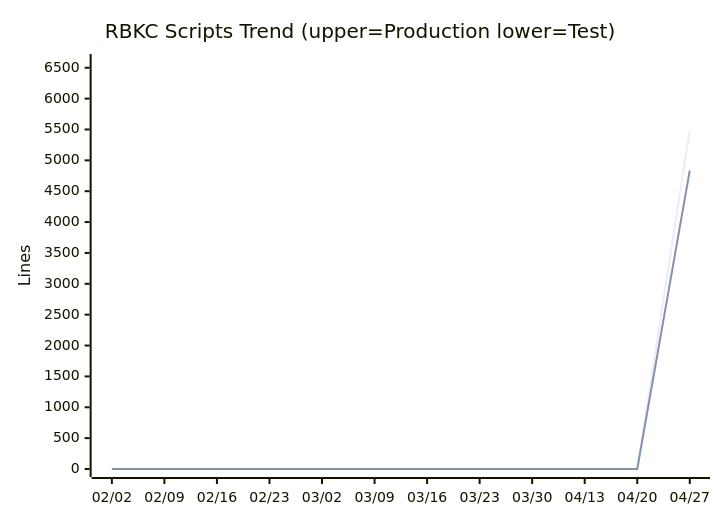
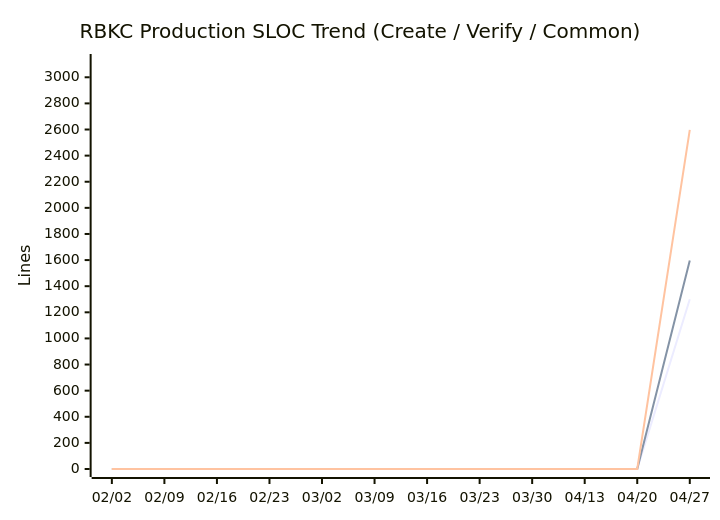
One commit to nablarch/nabledge-dev changed diagram 11 of 14 in docs/metrics.md. Above: the diagram before and after it, drawn with Mermaid. The commit also changed other lines of this file and 1 other file, not shown here.

Commit message:
feat: break down RBKC SLOC by Create/Verify/Common
Remove Test and Docs slices; production-only breakdown shows the
structural split between the three subsystems.

````diff
--- a/docs/metrics.md
+++ b/docs/metrics.md
@@ -144,8 +143,9 @@
 ```mermaid
 xychart-beta
-  title "RBKC Scripts Trend (upper=Production  lower=Test)"
+  title "RBKC Production SLOC Trend (Create / Verify / Common)"
   x-axis ["02/02", "02/09", "02/16", "02/23", "03/02", "03/09", "03/16", "03/23", "03/30", "04/13", "04/20", "04/27"]
-  y-axis "Lines" 0 --> 6593
-  line [0, 0, 0, 0, 0, 0, 0, 0, 0, 0, 0, 5494]
-  line [0, 0, 0, 0, 0, 0, 0, 0, 0, 0, 0, 4837]
+  y-axis "Lines" 0 --> 3117
+  line [0, 0, 0, 0, 0, 0, 0, 0, 0, 0, 0, 1300]
+  line [0, 0, 0, 0, 0, 0, 0, 0, 0, 0, 0, 1597]
+  line [0, 0, 0, 0, 0, 0, 0, 0, 0, 0, 0, 2597]
 ```
````
